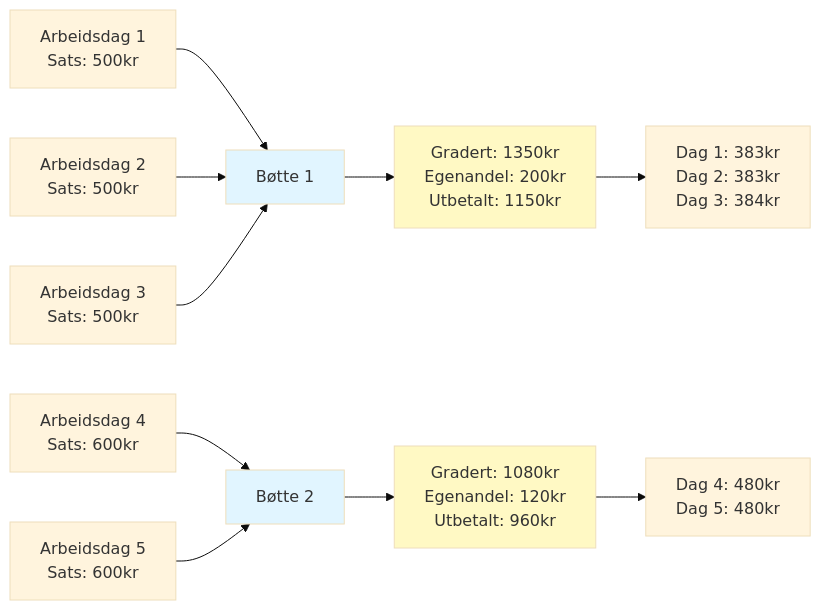
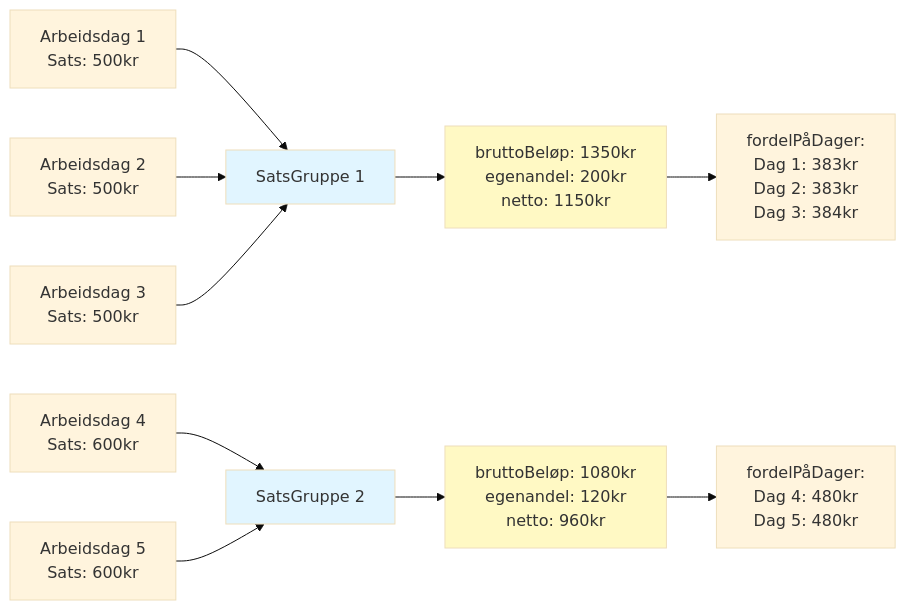
Before and after one commit to navikt/dp-behandling: the fifth of 9 diagrams in docs/beregning-meldekort-flyt.md, drawn with Mermaid (base theme). The commit also changed other lines of this file, not shown here.

````diff
--- a/docs/beregning-meldekort-flyt.md
+++ b/docs/beregning-meldekort-flyt.md
@@ -252,20 +279,20 @@
 ```mermaid
 graph LR
-    A[Arbeidsdag 1<br/>Sats: 500kr] --> B1[Bøtte 1]
+    A[Arbeidsdag 1<br/>Sats: 500kr] --> B1[SatsGruppe 1]
     A2[Arbeidsdag 2<br/>Sats: 500kr] --> B1
     A3[Arbeidsdag 3<br/>Sats: 500kr] --> B1
     
-    A4[Arbeidsdag 4<br/>Sats: 600kr] --> B2[Bøtte 2]
+    A4[Arbeidsdag 4<br/>Sats: 600kr] --> B2[SatsGruppe 2]
     A5[Arbeidsdag 5<br/>Sats: 600kr] --> B2
     
-    B1 --> C1[Gradert: 1350kr<br/>Egenandel: 200kr<br/>Utbetalt: 1150kr]
-    B2 --> C2[Gradert: 1080kr<br/>Egenandel: 120kr<br/>Utbetalt: 960kr]
+    B1 --> C1[bruttoBeløp: 1350kr<br/>egenandel: 200kr<br/>netto: 1150kr]
+    B2 --> C2[bruttoBeløp: 1080kr<br/>egenandel: 120kr<br/>netto: 960kr]
     
-    C1 --> D1[Dag 1: 383kr<br/>Dag 2: 383kr<br/>Dag 3: 384kr]
-    C2 --> D2[Dag 4: 480kr<br/>Dag 5: 480kr]
+    C1 --> D1[fordelPåDager:<br/>Dag 1: 383kr<br/>Dag 2: 383kr<br/>Dag 3: 384kr]
+    C2 --> D2[fordelPåDager:<br/>Dag 4: 480kr<br/>Dag 5: 480kr]
     
     style B1 fill:#e1f5ff
     style B2 fill:#e1f5ff
     style C1 fill:#fff9c4
     style C2 fill:#fff9c4
 ```
````
